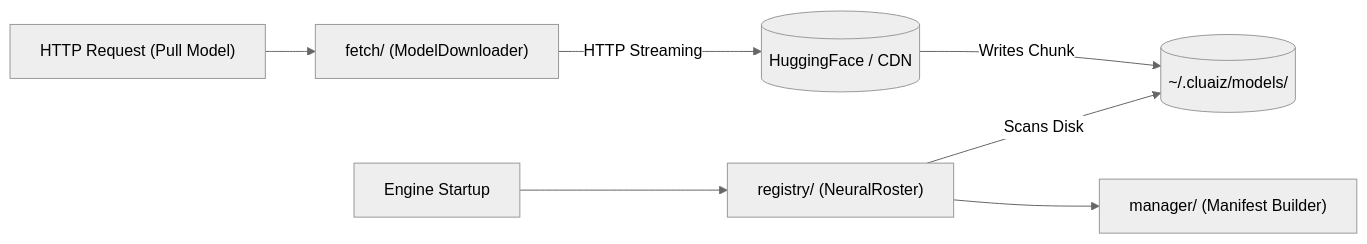
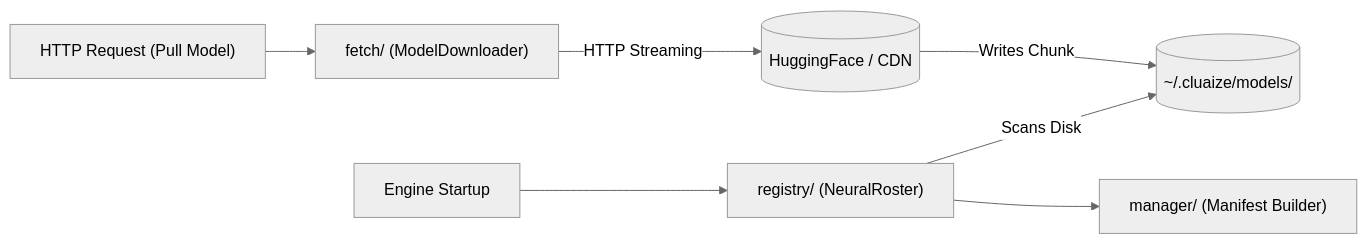
Before and after one commit to ayan-kushwaha/Cluaiz-: the diagram in Inference-engine/engines/src/models/README.md, drawn with Mermaid (neutral theme). The commit also changed other lines of this file and 395 other files, not shown here.

````diff
--- a/Inference-engine/engines/src/models/README.md
+++ b/Inference-engine/engines/src/models/README.md
@@ -13,10 +13,10 @@
 ```mermaid
 graph LR
     API["HTTP Request (Pull Model)"] --> Fetch["fetch/ (ModelDownloader)"]
     Fetch -->|"HTTP Streaming"| HuggingFace[("HuggingFace / CDN")]
-    HuggingFace -->|"Writes Chunk"| Disk[("~/.cluaiz/models/")]
+    HuggingFace -->|"Writes Chunk"| Disk[("~/.cluaize/models/")]
     
     Boot["Engine Startup"] --> Registry["registry/ (NeuralRoster)"]
     Registry -->|"Scans Disk"| Disk
     Registry --> Manager["manager/ (Manifest Builder)"]
 ```
````
